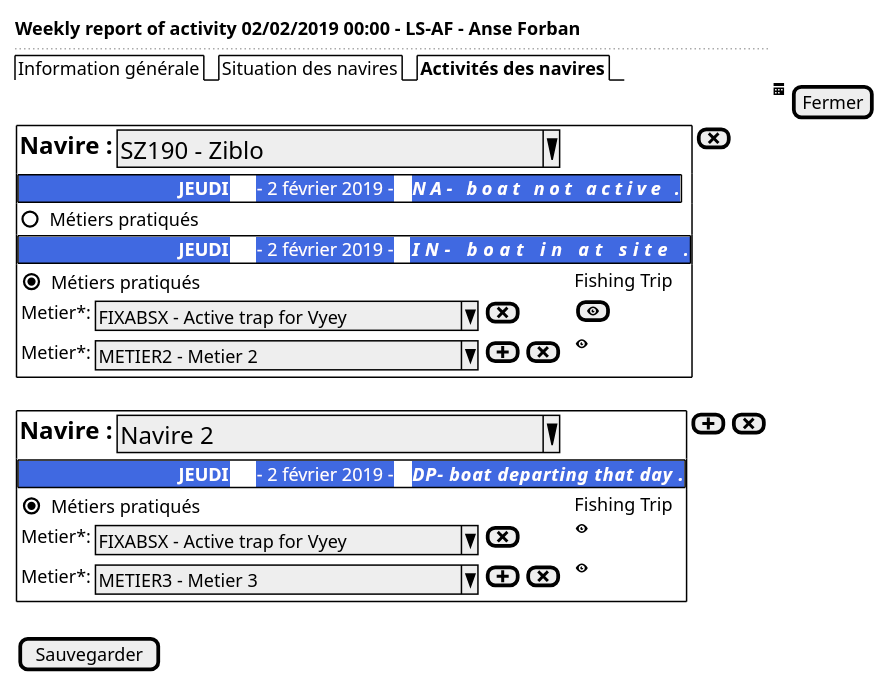
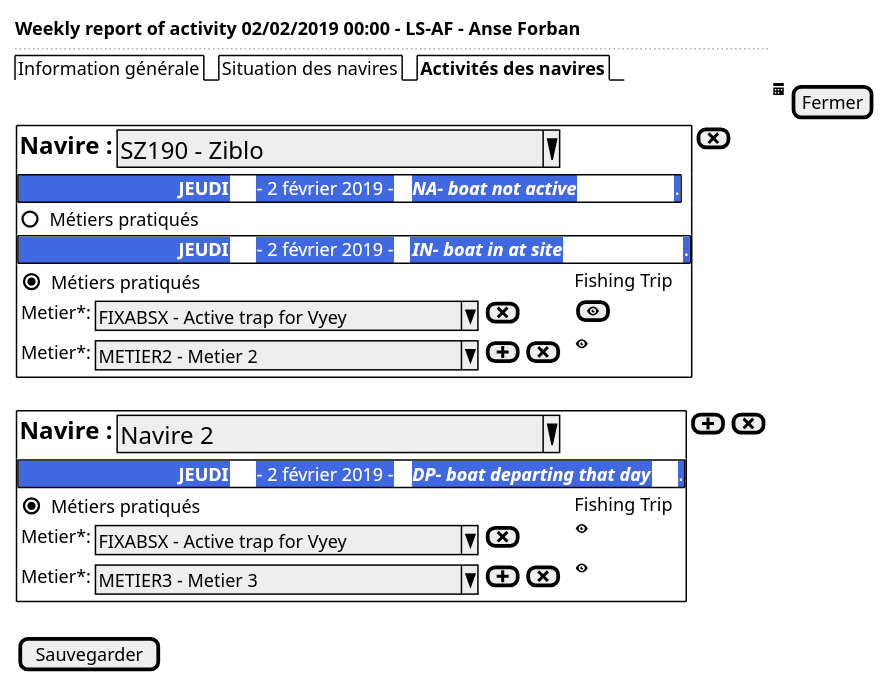
One commit to sumaris-net/sumaris-doc changed the diagram in use-case/collect/weekly/weekly-ui-activity-tablet-day.puml. Above: the diagram before and after it, drawn with PlantUML. The commit also changed 5 other files, not shown here.

```diff
--- a/use-case/collect/weekly/weekly-ui-activity-tablet-day.puml
+++ b/use-case/collect/weekly/weekly-ui-activity-tablet-day.puml
@@ -1,35 +1,35 @@
 @startsalt
 {
   <b>Weekly report of activity 02/02/2019 00:00 - LS-AF - Anse Forban
   ..
   {/ Information générale | Situation des navires | <b>Activités des navires }
   .| <&calendar> | [Fermer]
   {{+
     { <size:16><b>Navire :            | { ^<size:16>SZ190 - Ziblo                      ^ }}
-    {+<back:RoyalBlue>                                  <color:white><b>JEUDI</b>      - 2 février 2019 -    <b><i>NA- boat not active                     .}
+    {+<back:RoyalBlue>                                  <color:white><b>JEUDI</b>      - 2 février 2019 -    <b><i>NA- boat not active</b>                     .}
     {() Métiers pratiqués }
-    {+<back:RoyalBlue>                                  <color:white><b>JEUDI</b>      - 2 février 2019 -    <b><i>IN- boat in at site                          .}
+    {+<back:RoyalBlue>                                  <color:white><b>JEUDI</b>      - 2 février 2019 -    <b><i>IN- boat in at site</b>                          .}
     {
     {(X) Métiers pratiqués } .|Fishing Trip
 
         {Metier*:        | { ^FIXABSX - Active trap for Vyey^ } | [<&x>]} |.| [<&eye>]
 
         {Metier*:        | { ^METIER2 - Metier 2            ^ }  | [<&plus>]| [<&x>]} |.| <&eye>
     }
   } [<&x>]}
   .
   {{+
 
   { <size:16><b>Navire :            | { ^<size:16>Navire 2                           ^ }}
-    {+<back:RoyalBlue>                                  <color:white><b>JEUDI</b>      - 2 février 2019 -    <b><i>DP- boat departing that day      .}
+    {+<back:RoyalBlue>                                  <color:white><b>JEUDI</b>      - 2 février 2019 -    <b><i>DP- boat departing that day</b>      .}
   {
     {(X) Métiers pratiqués } .|Fishing Trip
         {Metier*:        | { ^FIXABSX - Active trap for Vyey^ } | [<&x>]} |.| <&eye>
 
         {Metier*:        | { ^METIER3 - Metier 3            ^ }  | [<&plus>]| [<&x>]} |.| <&eye>
   }
   } [<&plus>] | [<&x>]}
   .
   {[Sauvegarder]}
 }
 @endsalt
```
